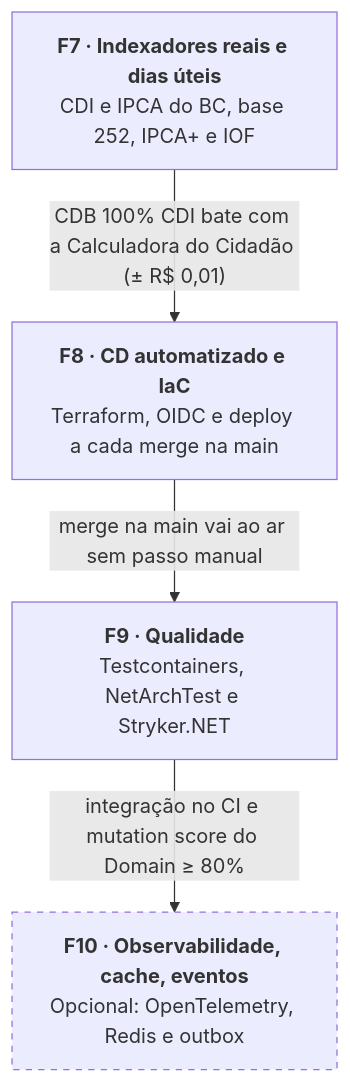
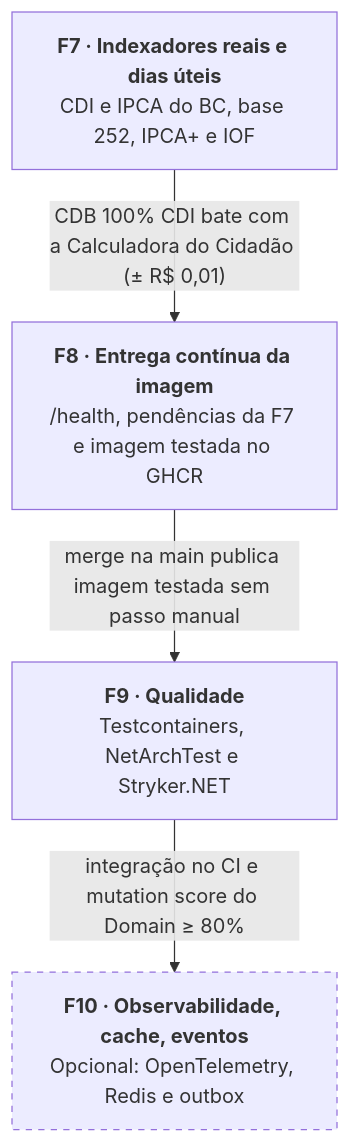
Before and after one commit to matheuscardosolazzarini/renda-fixa-api: the diagram in docs/ROADMAP.md, drawn with Mermaid. The commit also changed other lines of this file and 2 other files, not shown here.

Commit message:
v2: F8 vira entrega contínua da imagem; nuvem com Terraform adiada

````diff
--- a/docs/ROADMAP.md
+++ b/docs/ROADMAP.md
@@ -31,11 +31,11 @@
 ```mermaid
 flowchart TD
     F7["<b>F7 · Indexadores reais e dias úteis</b><br/>CDI e IPCA do BC, base 252, IPCA+ e IOF"]
-    F8["<b>F8 · CD automatizado e IaC</b><br/>Terraform, OIDC e deploy a cada merge na main"]
+    F8["<b>F8 · Entrega contínua da imagem</b><br/>/health, pendências da F7 e imagem testada no GHCR"]
     F9["<b>F9 · Qualidade</b><br/>Testcontainers, NetArchTest e Stryker.NET"]
     F10["<b>F10 · Observabilidade, cache, eventos</b><br/>Opcional: OpenTelemetry, Redis e outbox"]
     F7 -- "CDB 100% CDI bate com a Calculadora do Cidadão (± R$ 0,01)" --> F8
-    F8 -- "merge na main vai ao ar sem passo manual" --> F9
+    F8 -- "merge na main publica imagem testada sem passo manual" --> F9
     F9 -- "integração no CI e mutation score do Domain ≥ 80%" --> F10
     style F10 stroke-dasharray: 5 5
 ```
````
